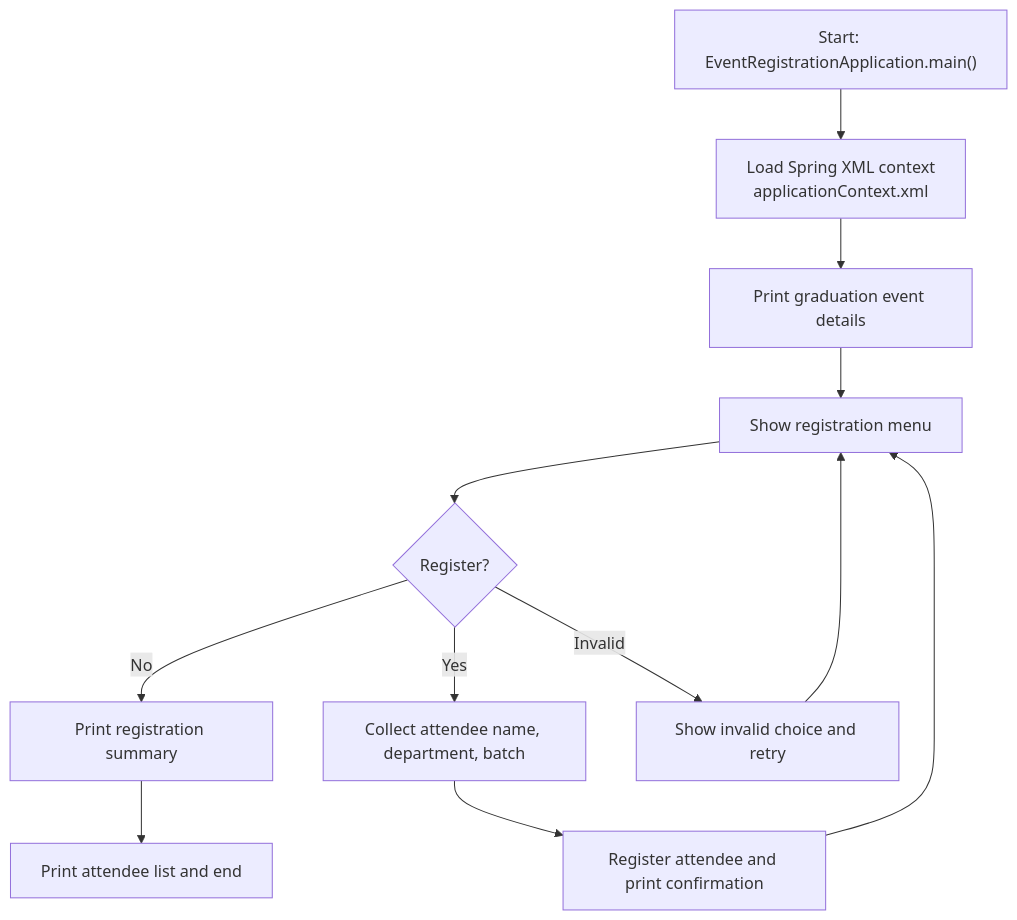
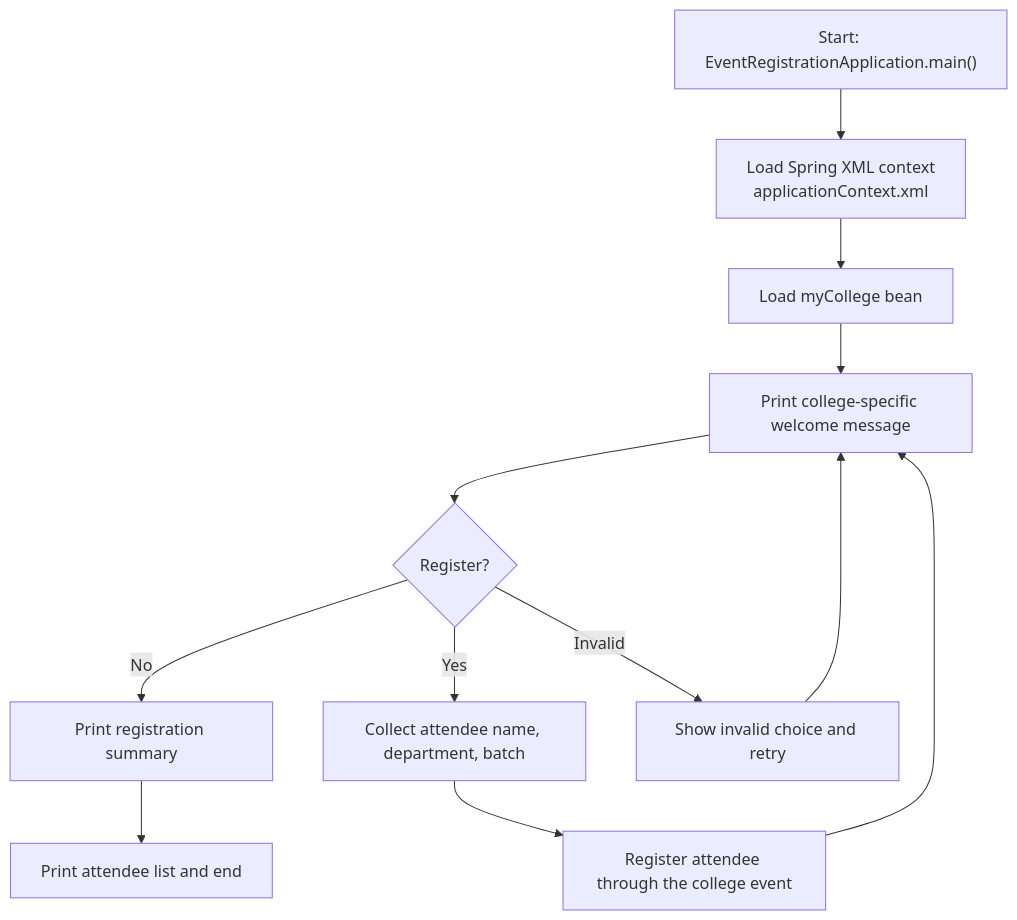
One commit to byte2code/event-registration changed the diagram in README.md. Above: the diagram before and after it, drawn with Mermaid. The commit also changed other lines of this file and 8 other files, not shown here.

Commit message:
Publish v2 of Event Registration

````diff
--- a/README.md
+++ b/README.md
@@ -38,14 +40,14 @@
 ```mermaid
 flowchart TD
     A["Start: EventRegistrationApplication.main()"] --> B["Load Spring XML context<br/>applicationContext.xml"]
-    B --> C["Print graduation event details"]
-    C --> D["Show registration menu"]
+    B --> C["Load myCollege bean"]
+    C --> D["Print college-specific welcome message"]
     D --> E{"Register?"}
     E -->|"Yes"| F["Collect attendee name, department, batch"]
     E -->|"No"| H["Print registration summary"]
     E -->|"Invalid"| I["Show invalid choice and retry"]
     I --> D
-    F --> G["Register attendee and print confirmation"]
+    F --> G["Register attendee through the college event"]
     G --> D
     H --> J["Print attendee list and end"]
 ```
````
